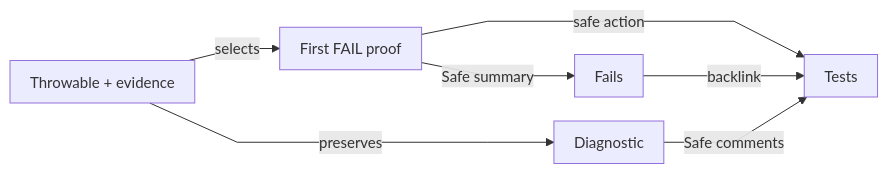
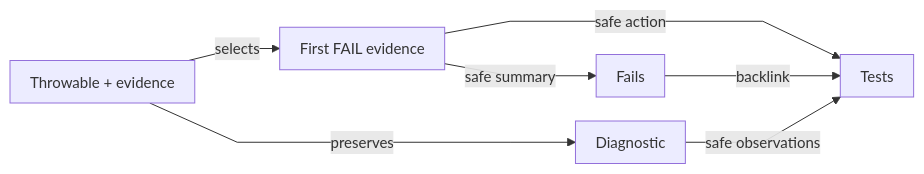
One commit to crististefanita/atf_j0 changed the sixth of 18 diagrams in atf-reporting/README.md. Above: the diagram before and after it, drawn with Mermaid. The commit also changed other lines of this file and 13 other files, not shown here.

````diff
--- a/atf-reporting/README.md
+++ b/atf-reporting/README.md
@@ -668,10 +626,10 @@
 ```mermaid
 %%{init: {"themeVariables":{"fontSize":"15px"},"themeCSS":".nodeLabel, .nodeLabel p { font-size: 15px !important; line-height: 1.35 !important; } .edgeLabel, .edgeLabel p { font-size: 12px !important; font-weight: 400 !important; line-height: 1.2 !important; } .edgeLabel .labelBkg, .edgeLabel p { background: transparent !important; } .edgeLabel foreignObject { transform: translateY(-18px); overflow: visible; } .node rect { rx: 6px; ry: 6px; }","flowchart":{"curve":"linear","nodeSpacing":24,"rankSpacing":40,"padding":10,"diagramPadding":16}}}%%
 flowchart LR
-    Captured["Throwable + evidence"] -->|selects| Context["First FAIL proof"]
+    Captured["Throwable + evidence"] -->|selects| Context["First FAIL evidence"]
     Captured -->|preserves| Diagnostic["Diagnostic"]
     Context -->|safe action| Tests["Tests"]
-    Context -->|Safe summary| Fails["Fails"]
-    Diagnostic -->|Safe comments| Tests
+    Context -->|safe summary| Fails["Fails"]
+    Diagnostic -->|safe observations| Tests
     Fails -->|backlink| Tests
 ```
````
